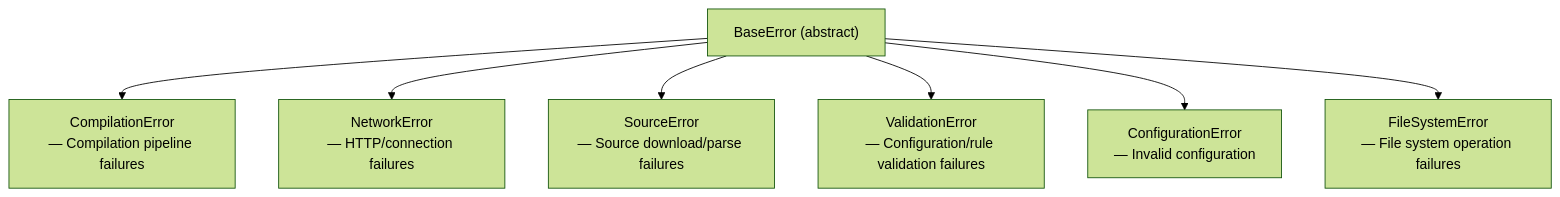
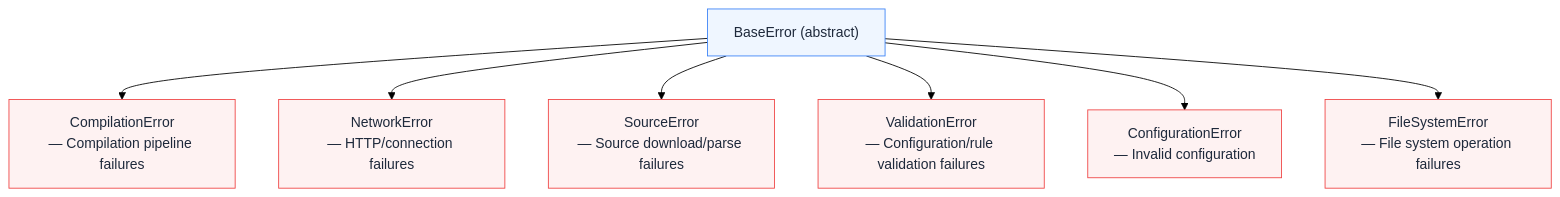
Before and after one commit to jaypatrick/adblock-compiler: diagram 14 of 19 in docs/development/ARCHITECTURE.md, drawn with Mermaid (forest theme). The commit also changed other lines of this file, not shown here.

First line of the commit message:
docs: refresh ARCHITECTURE.md with current architecture, full diagram coverage, and color coding (#1100)

````diff
--- a/docs/development/ARCHITECTURE.md
+++ b/docs/development/ARCHITECTURE.md
@@ -524,10 +708,12 @@
 ```mermaid
 flowchart TD
-    BE["BaseError (abstract)"]
-    BE --> CE["CompilationError\n— Compilation pipeline failures"]
-    BE --> NE["NetworkError\n— HTTP/connection failures"]
-    BE --> SE["SourceError\n— Source download/parse failures"]
-    BE --> VE["ValidationError\n— Configuration/rule validation failures"]
-    BE --> CFE["ConfigurationError\n— Invalid configuration"]
-    BE --> FSE["FileSystemError\n— File system operation failures"]
+    classDef base fill:#eff6ff,stroke:#3b82f6,color:#1e293b
+    classDef error fill:#fef2f2,stroke:#ef4444,color:#1e293b
+    BE["BaseError (abstract)"]:::base
+    BE --> CE["CompilationError\n— Compilation pipeline failures"]:::error
+    BE --> NE["NetworkError\n— HTTP/connection failures"]:::error
+    BE --> SE["SourceError\n— Source download/parse failures"]:::error
+    BE --> VE["ValidationError\n— Configuration/rule validation failures"]:::error
+    BE --> CFE["ConfigurationError\n— Invalid configuration"]:::error
+    BE --> FSE["FileSystemError\n— File system operation failures"]:::error
 ```
````
